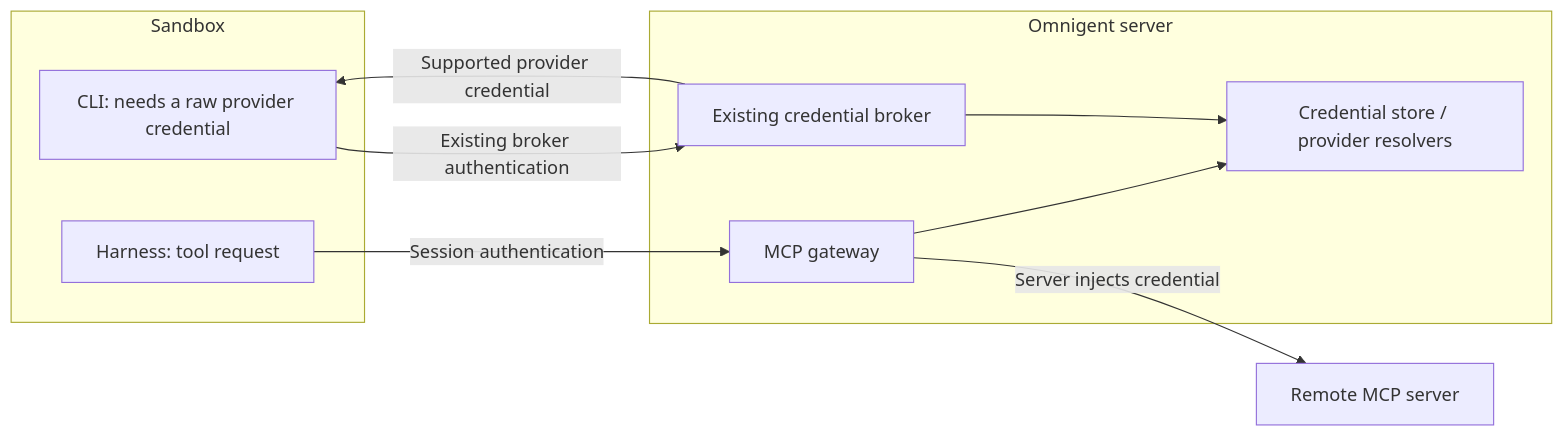
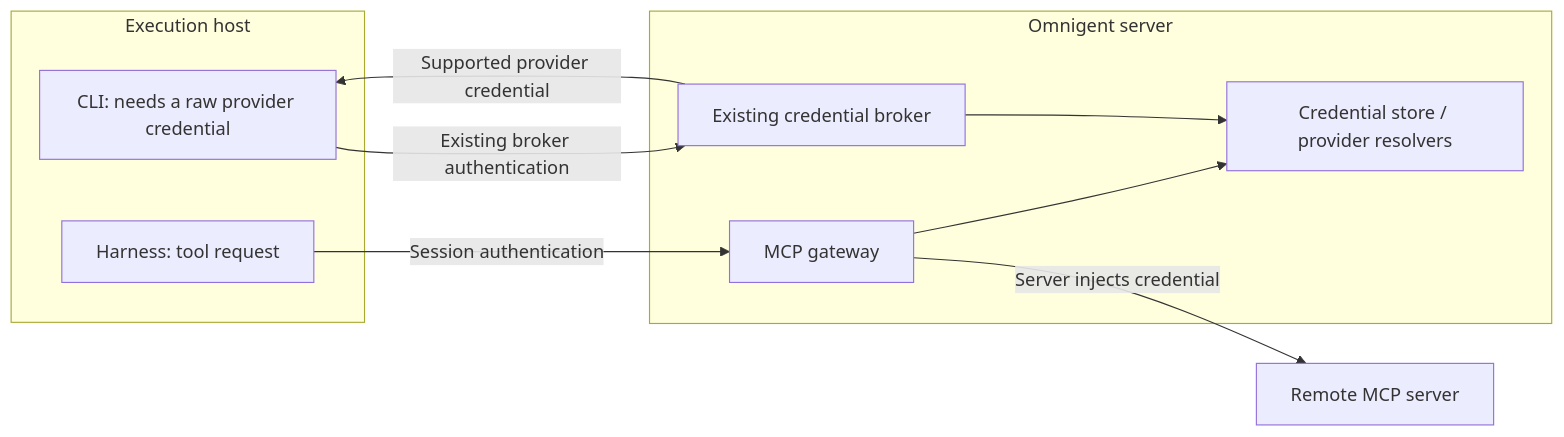
The fifth of 6 diagrams in designs/MCP_REGISTRY_GATEWAY.md (omnigent-ai/omnigent), drawn with Mermaid before and after one commit. The commit also changed other lines of this file and 14 other files, not shown here.

````diff
--- a/designs/MCP_REGISTRY_GATEWAY.md
+++ b/designs/MCP_REGISTRY_GATEWAY.md
@@ -180,18 +188,18 @@
 ```mermaid
 flowchart LR
-  subgraph sandbox[Sandbox]
+  subgraph runner[Execution host]
     H[Harness: tool request]
     CLI[CLI: needs a raw provider credential]
   end
   subgraph server[Omnigent server]
     G[MCP gateway]
     B[Existing credential broker]
     R[Credential store / provider resolvers]
     G --> R
     B --> R
   end
   H -->|Session authentication| G
   G -->|Server injects credential| M[Remote MCP server]
   CLI -->|Existing broker authentication| B
   B -->|Supported provider credential| CLI
 ```
````
